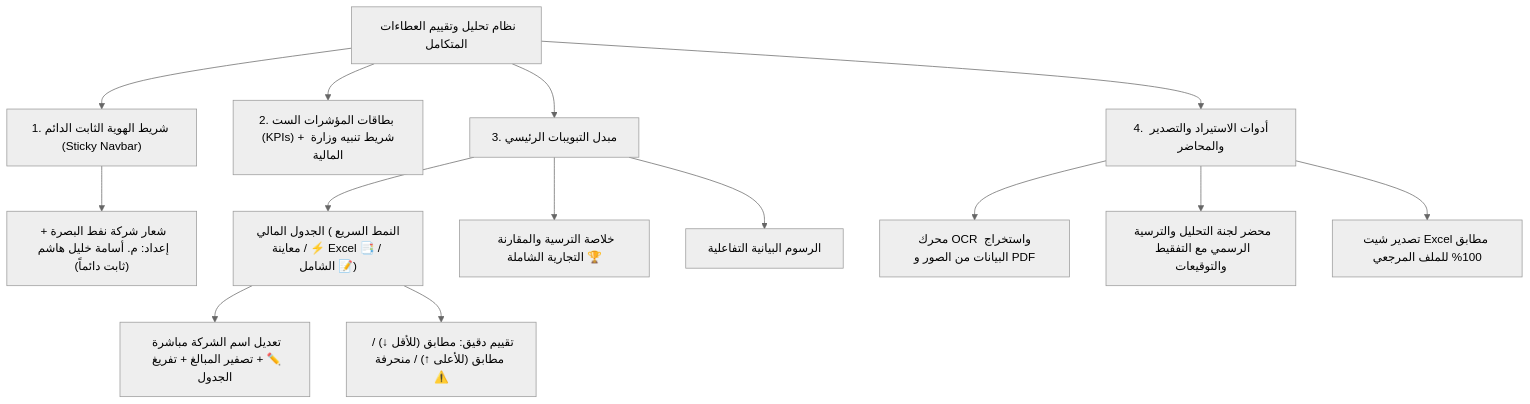
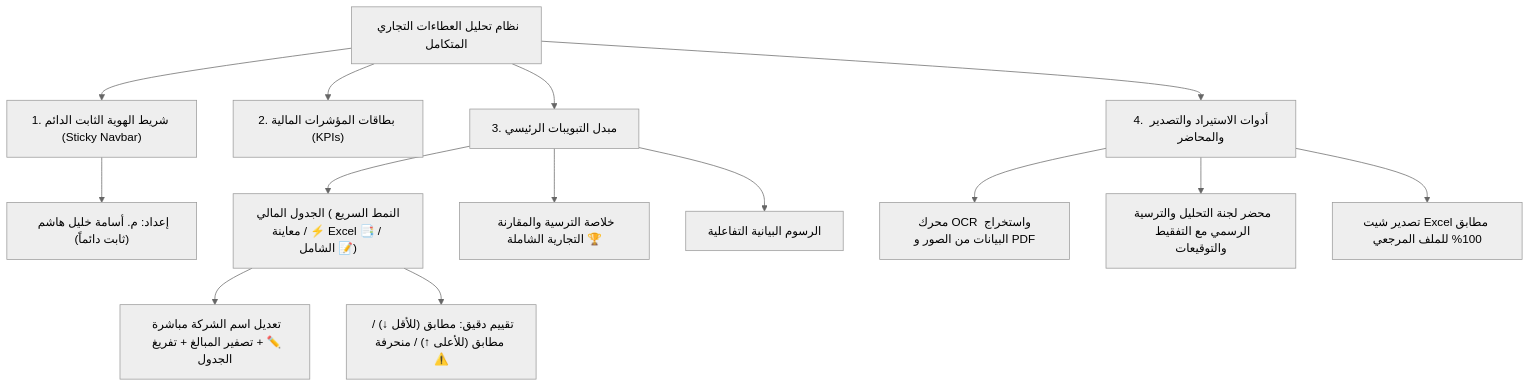
The diagram in README.md (Usama-Kh75/tender-analysis-system), drawn with Mermaid (neutral theme) before and after one commit. The commit also changed other lines of this file and 2 other files, not shown here.

````diff
--- a/README.md
+++ b/README.md
@@ -24,20 +23,20 @@
 ```mermaid
 graph TD
-    Root["نظام تحليل وتقييم العطاءات المتكامل"] --> Nav["1. شريط الهوية الثابت الدائم (Sticky Navbar)"]
-    Root --> KPI["2. بطاقات المؤشرات الست (KPIs) + شريط تنبيه وزارة المالية"]
+    Root["نظام تحليل العطاءات التجاري المتكامل"] --> Nav["1. شريط الهوية الثابت الدائم (Sticky Navbar)"]
+    Root --> KPI["2. بطاقات المؤشرات المالية (KPIs)"]
     Root --> Tabs["3. مبدل التبويبات الرئيسي"]
     Root --> Actions["4. أدوات الاستيراد والتصدير والمحاضر"]
 
-    Nav --> Branding["شعار شركة نفط البصرة + إعداد: م. أسامة خليل هاشم (ثابت دائماً)"]
+    Nav --> Branding["إعداد: م. أسامة خليل هاشم (ثابت دائماً)"]
     
     Tabs --> Tab1["الجدول المالي (النمط السريع ⚡ / معاينة Excel 📑 / الشامل 📝)"]
     Tabs --> Tab2["خلاصة الترسية والمقارنة التجارية الشاملة 🏆"]
     Tabs --> Tab3["الرسوم البيانية التفاعلية"]
 
     Tab1 --> Entry["تعديل اسم الشركة مباشرة ✏️ + تصفير المبالغ + تفريغ الجدول"]
     Tab1 --> Badges["تقييم دقيق: مطابق (للأقل ↓) / مطابق (للأعلى ↑) / منحرفة ⚠️"]
 
     Actions --> OCR["محرك OCR واستخراج البيانات من الصور و PDF"]
     Actions --> Print["محضر لجنة التحليل والترسية الرسمي مع التفقيط والتوقيعات"]
     Actions --> Excel["تصدير شيت Excel مطابق 100% للملف المرجعي"]
 ```
````
